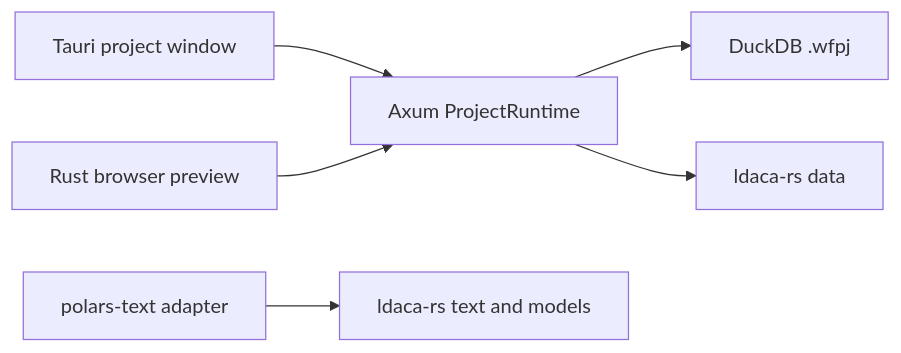
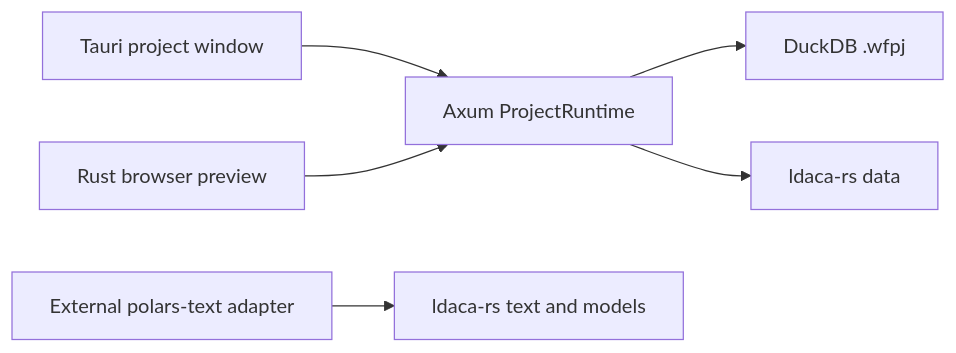
Before and after one commit to Australian-Text-Analytics-Platform/ldaca-wordflow: the diagram in docs/architecture/system-overview.md, drawn with Mermaid. The commit also changed other lines of this file and 11 other files, not shown here.

Commit message:
chore: move Polars adapter to its own repository

````diff
--- a/docs/architecture/system-overview.md
+++ b/docs/architecture/system-overview.md
@@ -7,8 +7,8 @@
 ```mermaid
 flowchart LR
     Desktop["Tauri project window"] --> Runtime["Axum ProjectRuntime"]
     Browser["Rust browser preview"] --> Runtime
     Runtime --> Database["DuckDB .wfpj"]
     Runtime --> Data["ldaca-rs data"]
-    Adapter["polars-text adapter"] --> Core["ldaca-rs text and models"]
+    Adapter["External polars-text adapter"] --> Core["ldaca-rs text and models"]
 ```
````
